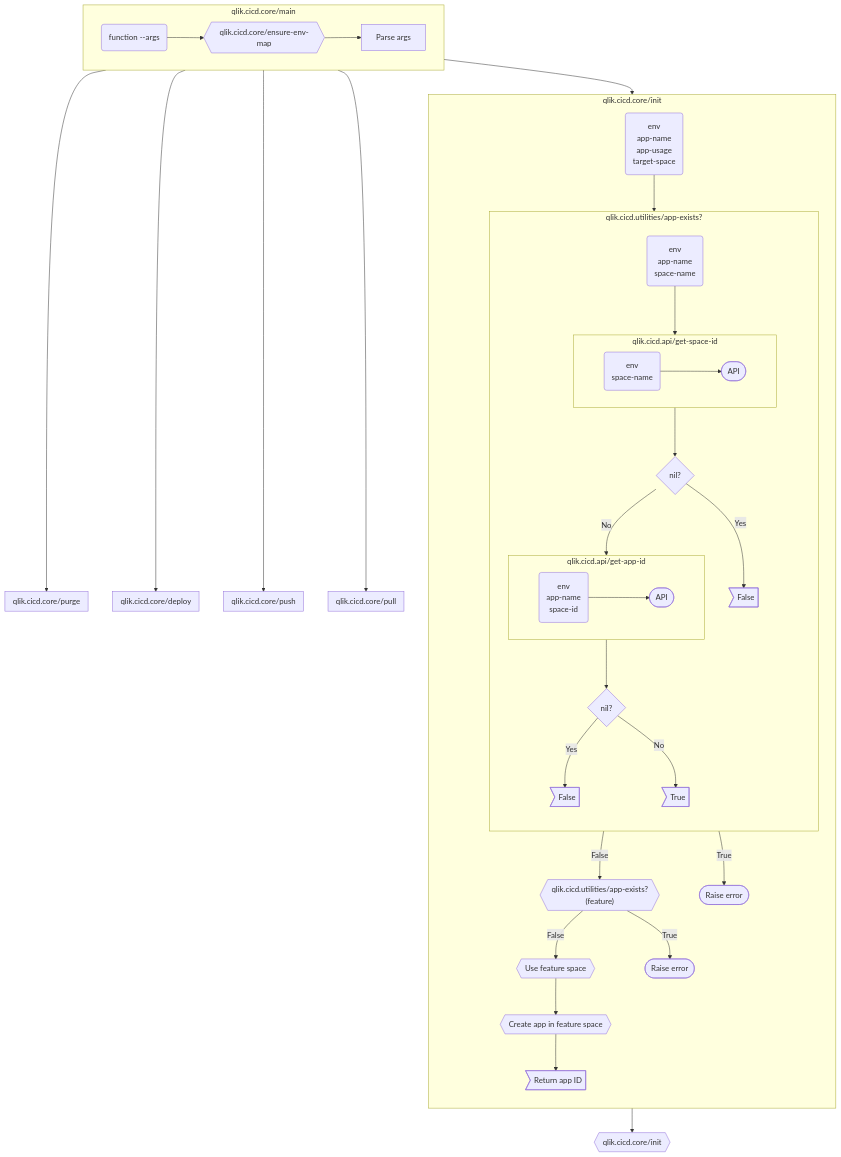
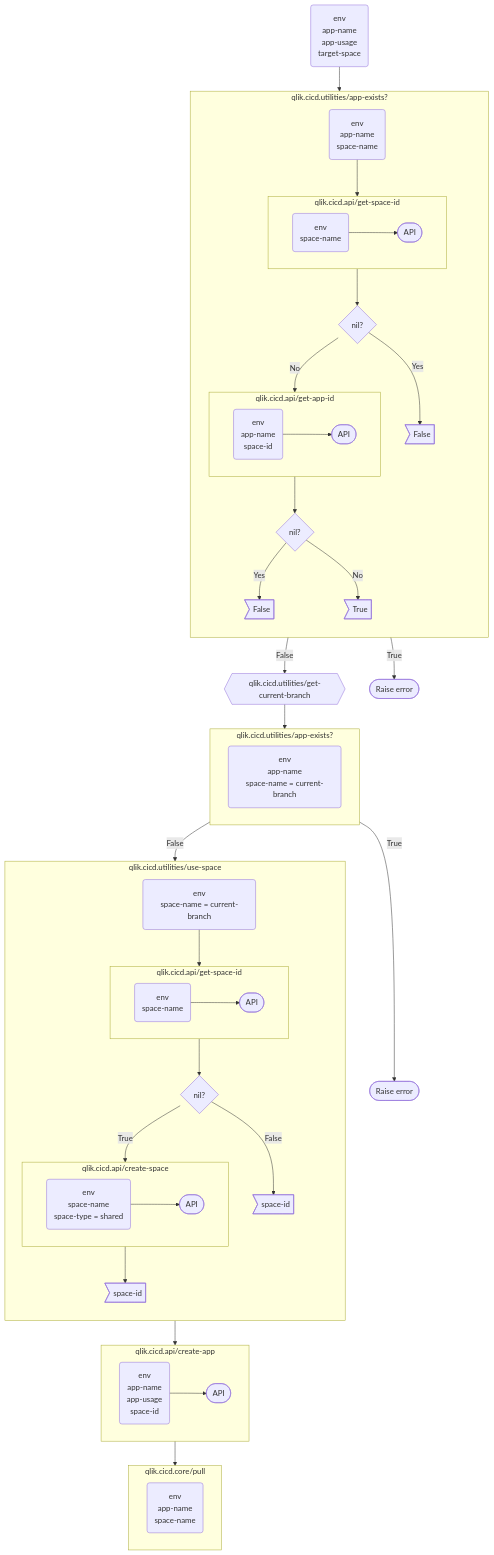
Before and after one commit to mattiasthalen/qlik-cicd-cli: the second of 2 diagrams in README.md, drawn with Mermaid. The commit also changed other lines of this file, not shown here.

Commit message:
Refactor and finalize flowchart for init function

````diff
--- a/README.md
+++ b/README.md
@@ -4,88 +25,102 @@
 ```mermaid
 flowchart TD
+    input@{shape: event, label: "env\napp-name\napp-usage\ntarget-space"}
 
-    subgraph main[qlik.cicd.core/main]
-        main__input@{shape: event, label: "function --args"}
-        main__ensure_env_map@{shape: prepare, label: "qlik.cicd.core/ensure-env-map"}
-        main__parse_args@{shape: process, label: "Parse args"}
+    subgraph app_exists["qlik.cicd.utilities/app-exists?"]
+        direction TB
 
-        main__input --> main__ensure_env_map --> main__parse_args
-    end
-    
-    subgraph init[qlik.cicd.core/init]
-        direction TB
-        init__input@{shape: event, label: "env\napp-name\napp-usage\ntarget-space"}
+        app_exists__input@{shape: event, label: "env\napp-name\nspace-name"}
+        
+        subgraph get_space_id["qlik.cicd.api/get-space-id"]
+            get_space_id__input@{shape: event, label: "env\nspace-name"}
+            get_space_id__api@{shape: terminal, label: "API"}
 
-        subgraph app_exists["qlik.cicd.utilities/app-exists?"]
-            direction TB
-
-            app_exists__input@{shape: event, label: "env\napp-name\nspace-name"}
-            
-            subgraph get_space_id["qlik.cicd.api/get-space-id"]
-                get_space_id__input@{shape: event, label: "env\nspace-name"}
-                endpoint__space@{shape: terminal, label: "API"}
-
-                get_space_id__input --> endpoint__space
-            end
-
-            is_space_id_null@{shape: decision, label: "nil?"}
-            app_exists__return__false__space@{shape: odd, label: "False"}
-
-            subgraph get_app_id["qlik.cicd.api/get-app-id"]
-                get_app_id__input@{shape: event, label: "env\napp-name\nspace-id"}
-                endpoint__app@{shape: terminal, label: "API"}
-
-                get_app_id__input --> endpoint__app
-            end
-
-            is_app_id_null@{shape: decision, label: "nil?"}
-
-            app_exists__return__true@{shape: odd, label: "True"}
-            app_exists__return__false__app@{shape: odd, label: "False"}
-
-            app_exists__input --> get_space_id
-            get_space_id --> is_space_id_null
-            is_space_id_null -->|Yes| app_exists__return__false__space
-            is_space_id_null -->|No| get_app_id
-            get_app_id --> is_app_id_null
-            is_app_id_null -->|Yes| app_exists__return__false__app
-            is_app_id_null -->|No| app_exists__return__true
-
+            get_space_id__input --> get_space_id__api
         end
 
-        init__app_exists__feature@{shape: prepare, label: "qlik.cicd.utilities/app-exists?\n(feature)"}
-        init__use_space__feature@{shape: prepare, label: "Use  feature space"}
-        init__create_app@{shape: prepare, label: "Create app in feature space"}
-        init__return__success@{shape: odd, label: "Return app ID"}        
-        init__return__failure__target@{shape: terminal, label: "Raise error"}
-        init__return__failure__feature@{shape: terminal, label: "Raise error"}
+        is_space_id_null@{shape: decision, label: "nil?"}
+        app_exists__return__false__space@{shape: odd, label: "False"}
 
-        init__input --> app_exists
-        app_exists -->|False| init__app_exists__feature
-        app_exists -->|True| init__return__failure__target
-        init__app_exists__feature -->|False| init__use_space__feature
-        init__app_exists__feature -->|True| init__return__failure__feature
-        init__use_space__feature --> init__create_app
-        init__create_app --> init__return__success
+        subgraph get_app_id["qlik.cicd.api/get-app-id"]
+            get_app_id__input@{shape: event, label: "env\napp-name\nspace-id"}
+            get_app_id__api@{shape: terminal, label: "API"}
+
+            get_app_id__input --> get_app_id__api
+        end
+
+        is_app_id_null@{shape: decision, label: "nil?"}
+
+        app_exists__return__true@{shape: odd, label: "True"}
+        app_exists__return__false__app@{shape: odd, label: "False"}
+
+        app_exists__input --> get_space_id
+        get_space_id --> is_space_id_null
+        is_space_id_null -->|Yes| app_exists__return__false__space
+        is_space_id_null -->|No| get_app_id
+        get_app_id --> is_app_id_null
+        is_app_id_null -->|Yes| app_exists__return__false__app
+        is_app_id_null -->|No| app_exists__return__true
 
     end
-
-    subgraph pull[qlik.cicd.core/pull]
+    get_current_branch@{shape: prepare, label: "qlik.cicd.utilities/get-current-branch"}
+    
+    subgraph app_exists__feature["qlik.cicd.utilities/app-exists?"]
+        app_exists__feature__input@{shape: event, label: "env\napp-name\nspace-name = current-branch"}
     end
 
-    subgraph push[qlik.cicd.core/push]
+    subgraph use_space["qlik.cicd.utilities/use-space"]
+        direction TB
+
+        use_space__input@{shape: event, label: "env\nspace-name = current-branch"}
+        subgraph use_space__get_space_id["qlik.cicd.api/get-space-id"]
+            use_space__get_space_id__input@{shape: event, label: "env\nspace-name"}
+            use_space__get_space_id__api@{shape: terminal, label: "API"}
+
+            use_space__get_space_id__input --> use_space__get_space_id__api
+        end
+        use_space__is_space_id_null@{shape: decision, label: "nil?"}
+        use_space__return__get@{shape: odd, label: "space-id"}
+
+        subgraph create_space["qlik.cicd.api/create-space"]
+            create_space__input@{shape: event, label: "env\nspace-name\nspace-type = shared"}
+            create_space__api@{shape: terminal, label: "API"}
+
+            create_space__input --> create_space__api
+        end
+
+        use_space__return__create@{shape: odd, label: "space-id"}
+
+        use_space__input --> use_space__get_space_id
+        use_space__get_space_id --> use_space__is_space_id_null
+        use_space__is_space_id_null -->|True|create_space
+        use_space__is_space_id_null -->|False| use_space__return__get
+        create_space --> use_space__return__create
     end
 
-    subgraph deploy[qlik.cicd.core/deploy]
-    end
+    subgraph create_app["qlik.cicd.api/create-app"]
+        direction LR
 
-    subgraph purge[qlik.cicd.core/purge]
+        create_app__input@{shape: event, label: "env\napp-name\napp-usage\nspace-id"}
+        create_app__api@{shape: terminal, label: "API"}
+
+        create_app__input --> create_app__api
     end
 
 
-    main --> init --> init__pull@{shape: prepare, label: "qlik.cicd.core/init"}
-    main --> pull
-    main --> push
-    main --> deploy
-    main --> purge
+    return__failure__target@{shape: terminal, label: "Raise error"}
+    return__failure__feature@{shape: terminal, label: "Raise error"}
+
+    subgraph pull["qlik.cicd.core/pull"]
+        pull__input@{shape: event, label: "env\napp-name\nspace-name"}
+    end
+
+    input --> app_exists
+    app_exists -->|False| get_current_branch
+    app_exists -->|True| return__failure__target
+    get_current_branch --> app_exists__feature
+    app_exists__feature -->|False| use_space
+    app_exists__feature -->|True| return__failure__feature
+    use_space --> create_app
+    create_app --> pull
+
 ```
````
